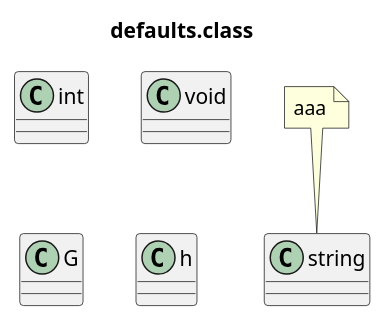
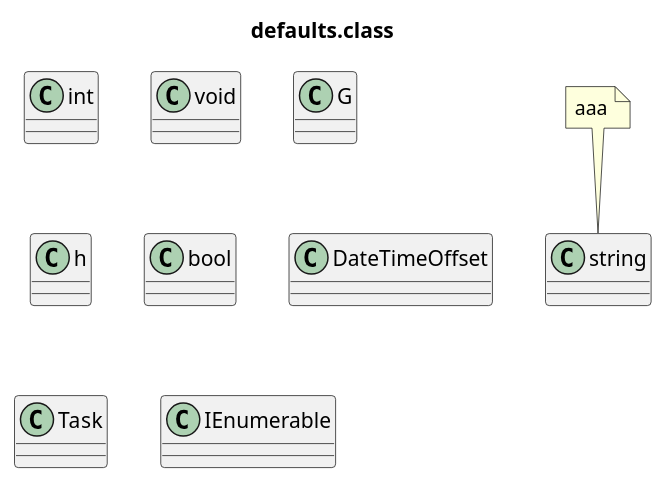
Before and after one commit to AnQueth/PlantUMLEditor: the diagram in testdocs/defaults.class.puml, drawn with PlantUML. The commit also changed 3 other files, not shown here.

```diff
--- a/testdocs/defaults.class.puml
+++ b/testdocs/defaults.class.puml
@@ -1,20 +1,27 @@
 @startuml
 title defaults.class
 class int { 
  } 
 class void { 
  } 
 class G { 
  } 
 class string { 
  } 
 note top of string
 aaa
 end note
 
 'aaaa fgggg
 class h { 
  } 
- 
+class bool { 
+ } 
+class DateTimeOffset { 
+ } 
+class Task { 
+ } 
+class IEnumerable { 
+ } 
 
 @enduml
```
